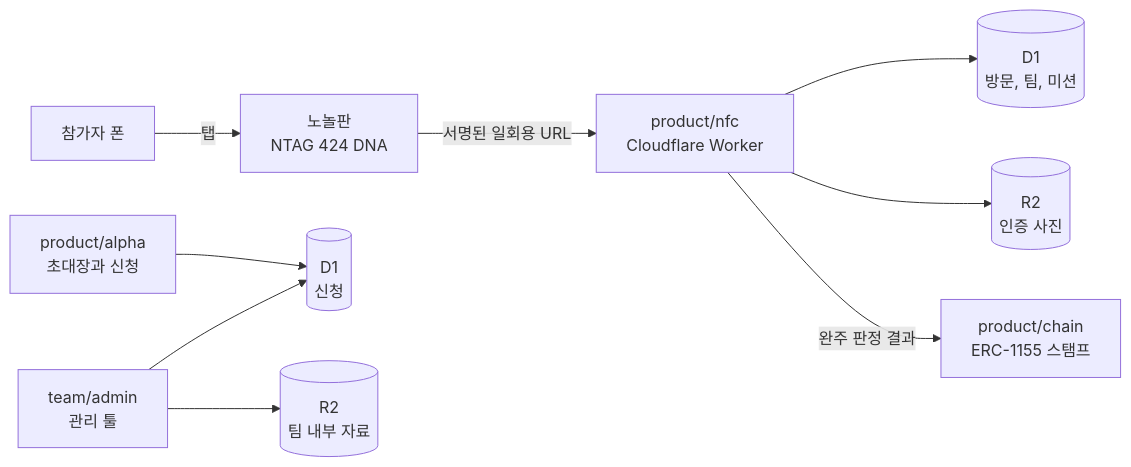
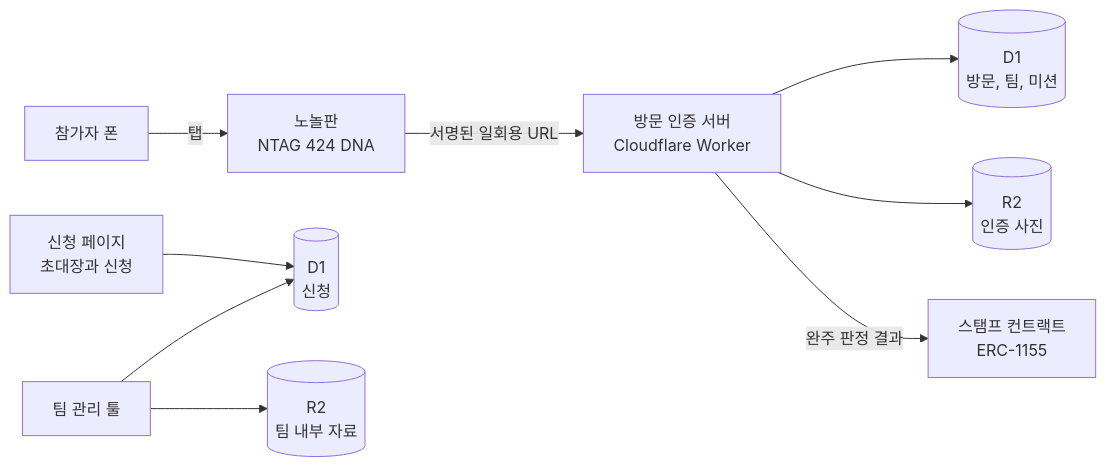
The diagram in README.md (2026-KW-HACKATHON/36_Nonol), drawn with Mermaid before and after one commit. The commit also changed other lines of this file, not shown here.

````diff
--- a/README.md
+++ b/README.md
@@ -80,11 +80,11 @@
 ```mermaid
 flowchart LR
     P[참가자 폰] -->|탭| T[노놀판<br/>NTAG 424 DNA]
-    T -->|서명된 일회용 URL| N[product/nfc<br/>Cloudflare Worker]
+    T -->|서명된 일회용 URL| N[방문 인증 서버<br/>Cloudflare Worker]
     N --> D1[(D1<br/>방문, 팀, 미션)]
     N --> R2[(R2<br/>인증 사진)]
-    N -->|완주 판정 결과| C[product/chain<br/>ERC-1155 스탬프]
-    A[product/alpha<br/>초대장과 신청] --> D2[(D1<br/>신청)]
-    M[team/admin<br/>관리 툴] --> D2
+    N -->|완주 판정 결과| C[스탬프 컨트랙트<br/>ERC-1155]
+    A[신청 페이지<br/>초대장과 신청] --> D2[(D1<br/>신청)]
+    M[팀 관리 툴] --> D2
     M --> R3[(R2<br/>팀 내부 자료)]
 ```
````
